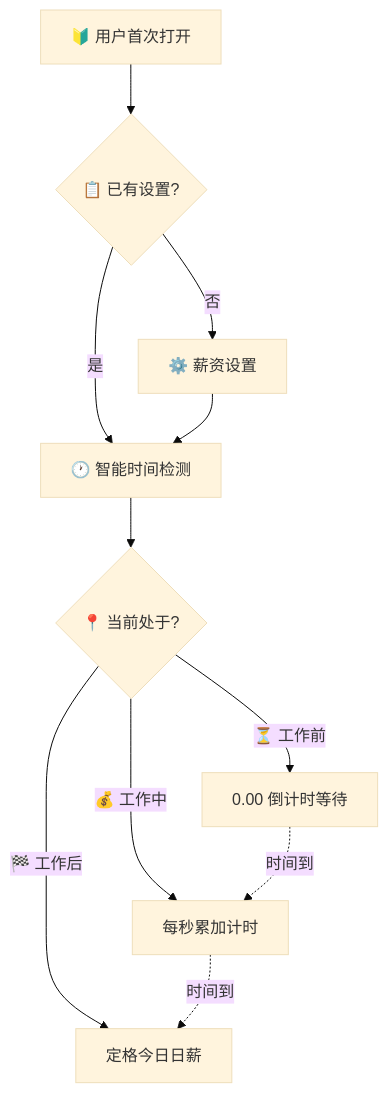
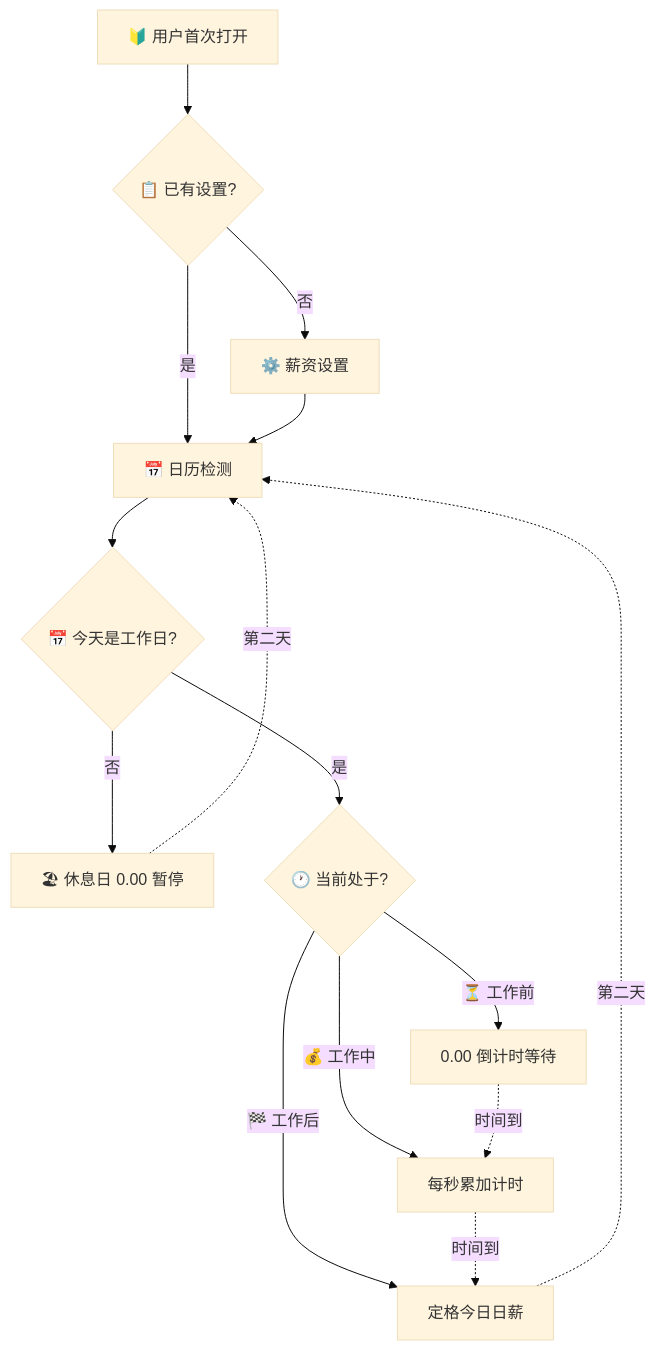
The diagram in docs/flowcharts/01-宏观鸟瞰图.md (Dongby329/to-c-week1-hourly-wage-clock), drawn with Mermaid (base theme) before and after one commit. The commit also changed other lines of this file and 5 other files, not shown here.

Commit message:
📅 新增法定节假日日历检测：四态系统（休息日+工作前+工作中+工作后）

````diff
--- a/docs/flowcharts/01-宏观鸟瞰图.md
+++ b/docs/flowcharts/01-宏观鸟瞰图.md
@@ -5,13 +5,17 @@
 ```mermaid
 flowchart TD
     A[🔰 用户首次打开] --> B{📋 已有设置?}
     B -->|否| C[⚙️ 薪资设置]
-    B -->|是| D[🕐 智能时间检测]
+    B -->|是| D[📅 日历检测]
     C --> D
-    D --> E{📍 当前处于?}
-    E -->|⏳ 工作前| F[0.00 倒计时等待]
-    E -->|💰 工作中| G[每秒累加计时]
-    E -->|🏁 工作后| H[定格今日日薪]
-    F -.->|时间到| G
+    D --> E{📅 今天是工作日?}
+    E -->|否| R[🏖 休息日 0.00 暂停]
+    E -->|是| F{🕐 当前处于?}
+    F -->|⏳ 工作前| G[0.00 倒计时等待]
+    F -->|💰 工作中| H[每秒累加计时]
+    F -->|🏁 工作后| I[定格今日日薪]
     G -.->|时间到| H
+    H -.->|时间到| I
+    R -.->|第二天| D
+    I -.->|第二天| D
 ```
````
